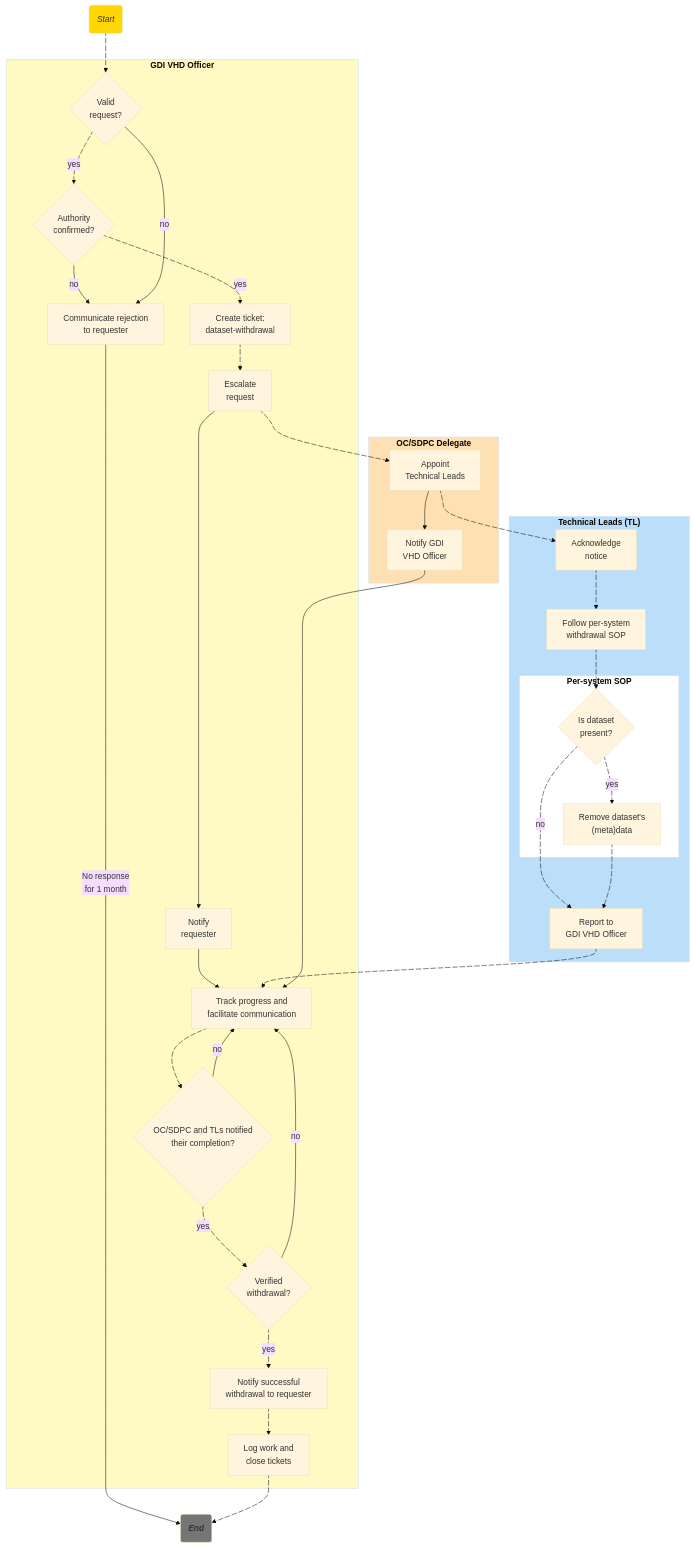
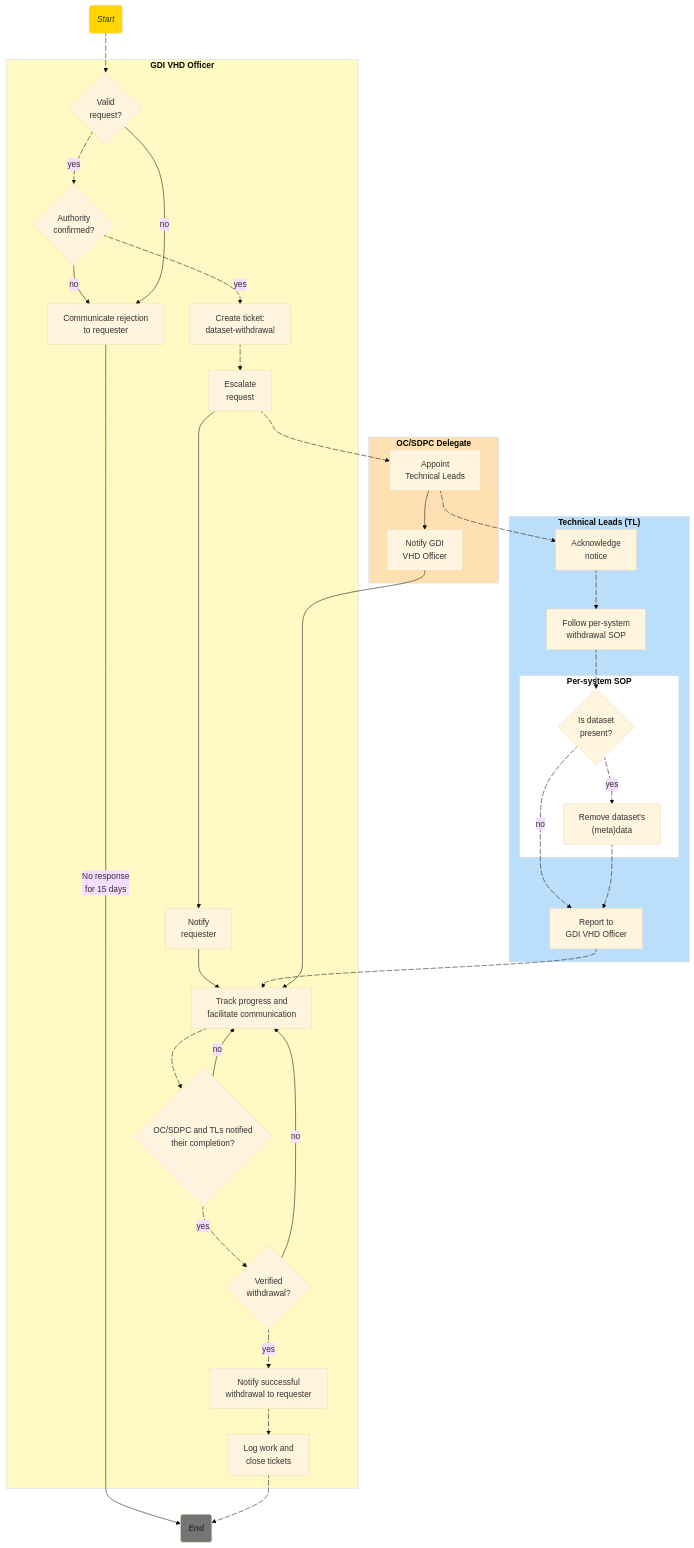
Before and after one commit to M-casado/standard-operating-procedures: the diagram in sops/european-level/GDI-SOP0009_dataset-withdrawal.md, drawn with Mermaid (base theme). The commit also changed other lines of this file, not shown here.

```diff
--- a/sops/european-level/GDI-SOP0009_dataset-withdrawal.md
+++ b/sops/european-level/GDI-SOP0009_dataset-withdrawal.md
@@ -129,7 +131,7 @@
         n16["Follow per-system<br>withdrawal SOP"]
         n15["Report to <br>GDI VHD Officer"]
   end
-    n3 -- No response<br>for 1 month --> ending("<i><b>End</b></i>")
+    n3 -- No response<br>for 15 days --> ending("<i><b>End</b></i>")
     n2 -- no --> n3
     n1 -- no --> n3
     n2 L_n2_n6_0@-- yes --> n6
```
